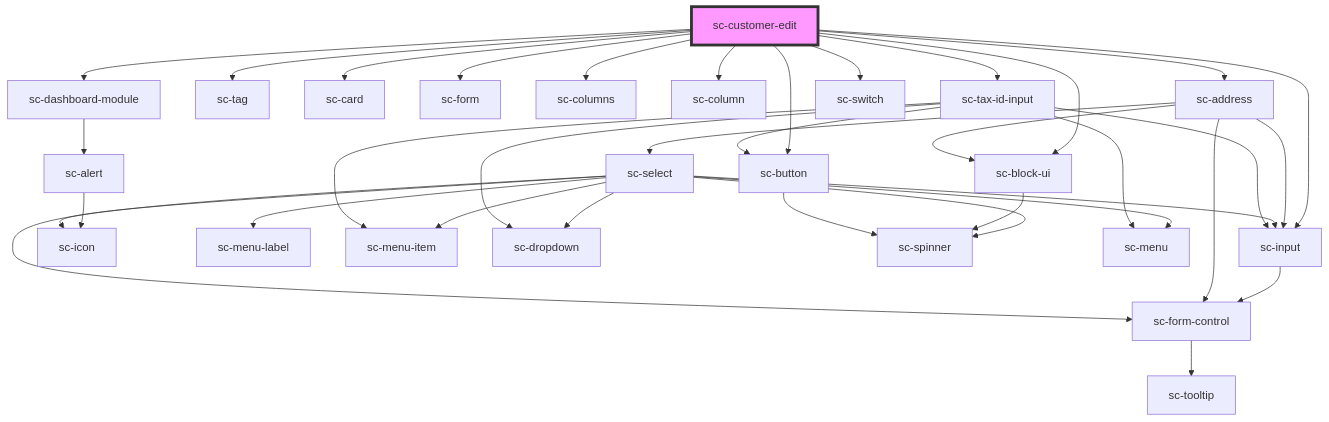
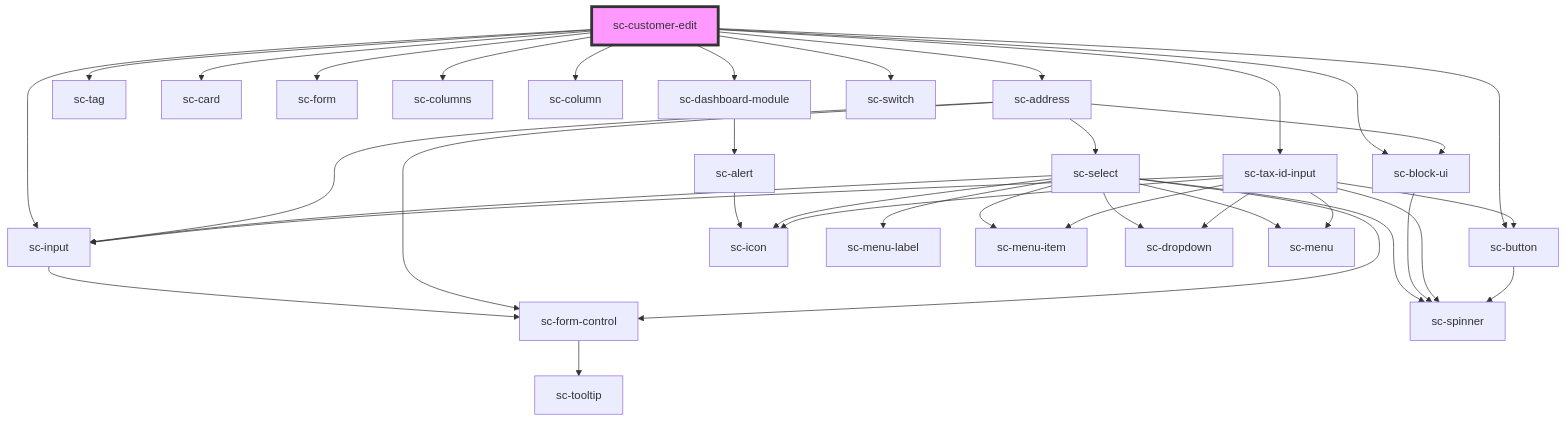
One commit to surecart/surecart-wp-plugin changed the diagram in packages/components/src/components/controllers/dashboard/customer-edit/readme.md. Above: the diagram before and after it, drawn with Mermaid. The commit also changed 13 other files, not shown here.

````diff
--- a/packages/components/src/components/controllers/dashboard/customer-edit/readme.md
+++ b/packages/components/src/components/controllers/dashboard/customer-edit/readme.md
@@ -35,39 +35,41 @@
 ```mermaid
 graph TD;
   sc-customer-edit --> sc-dashboard-module
   sc-customer-edit --> sc-tag
   sc-customer-edit --> sc-card
   sc-customer-edit --> sc-form
   sc-customer-edit --> sc-input
   sc-customer-edit --> sc-columns
   sc-customer-edit --> sc-column
   sc-customer-edit --> sc-address
   sc-customer-edit --> sc-switch
   sc-customer-edit --> sc-tax-id-input
   sc-customer-edit --> sc-button
   sc-customer-edit --> sc-block-ui
   sc-dashboard-module --> sc-alert
   sc-alert --> sc-icon
   sc-input --> sc-form-control
   sc-form-control --> sc-tooltip
   sc-address --> sc-form-control
   sc-address --> sc-input
   sc-address --> sc-select
   sc-address --> sc-block-ui
   sc-select --> sc-icon
   sc-select --> sc-menu-label
   sc-select --> sc-menu-item
   sc-select --> sc-form-control
   sc-select --> sc-dropdown
   sc-select --> sc-input
   sc-select --> sc-spinner
   sc-select --> sc-menu
   sc-block-ui --> sc-spinner
+  sc-tax-id-input --> sc-icon
   sc-tax-id-input --> sc-input
+  sc-tax-id-input --> sc-spinner
   sc-tax-id-input --> sc-dropdown
   sc-tax-id-input --> sc-button
   sc-tax-id-input --> sc-menu
   sc-tax-id-input --> sc-menu-item
   sc-button --> sc-spinner
   style sc-customer-edit fill:#f9f,stroke:#333,stroke-width:4px
 ```
````
